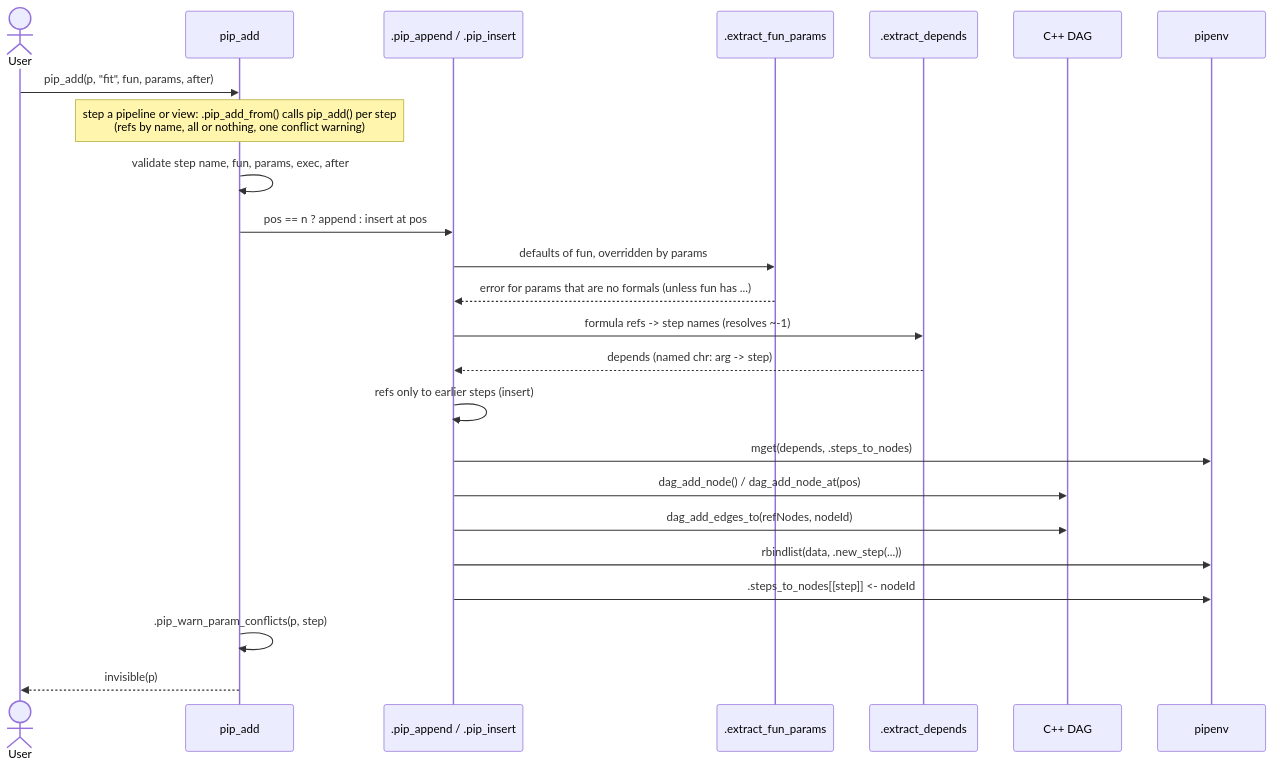
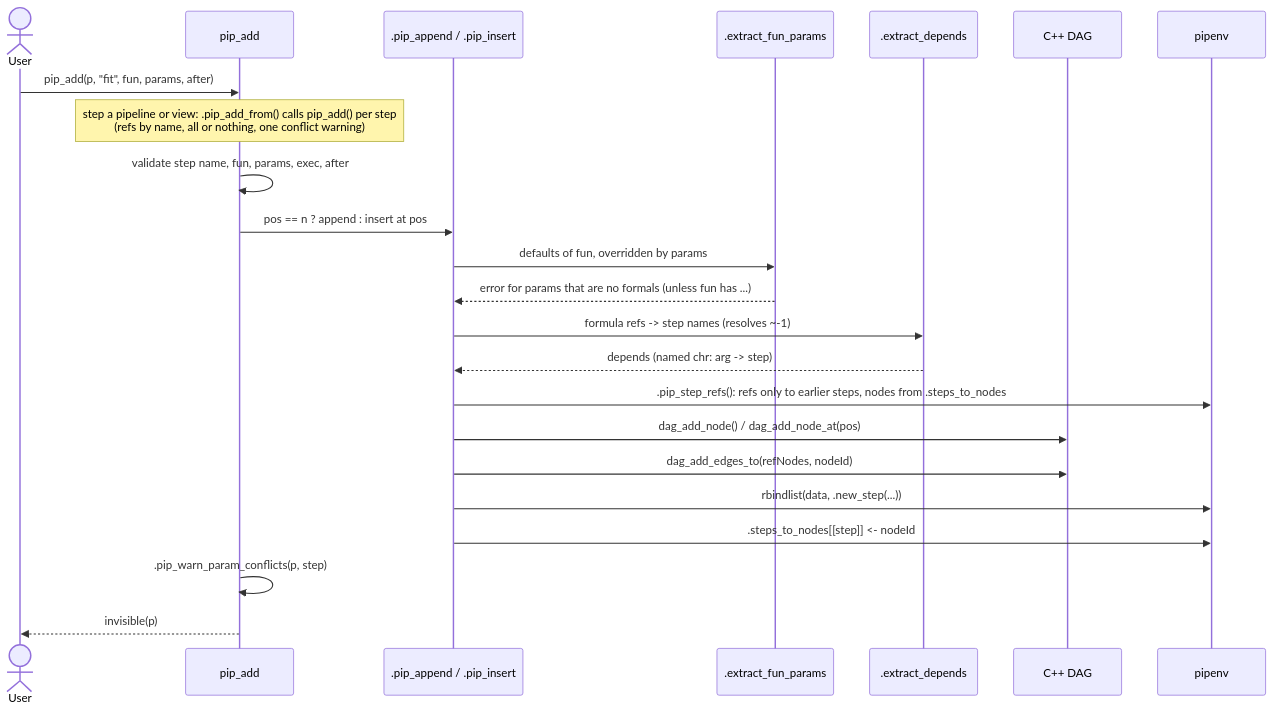
The fourth of 8 diagrams in dev/pipeflow.md (rpahl/pipeflow), drawn with Mermaid before and after one commit. The commit also changed other lines of this file and 2 other files, not shown here.

First line of the commit message:
refactor: share the checks and reference handling of step edits

````diff
--- a/dev/pipeflow.md
+++ b/dev/pipeflow.md
@@ -311,27 +317,26 @@
 ```mermaid
 sequenceDiagram
     actor U as User
     participant A as pip_add
     participant I as .pip_append / .pip_insert
     participant P as .extract_fun_params
     participant D as .extract_depends
     participant G as C++ DAG
     participant E as pipenv
 
     U->>A: pip_add(p, "fit", fun, params, after)
     Note over A: step a pipeline or view: .pip_add_from() calls pip_add() per step<br/>(refs by name, all or nothing, one conflict warning)
     A->>A: validate step name, fun, params, exec, after
     A->>I: pos == n ? append : insert at pos
     I->>P: defaults of fun, overridden by params
     P-->>I: error for params that are no formals (unless fun has ...)
     I->>D: formula refs -> step names (resolves ~-1)
     D-->>I: depends (named chr: arg -> step)
-    I->>I: refs only to earlier steps (insert)
-    I->>E: mget(depends, .steps_to_nodes)
+    I->>E: .pip_step_refs(): refs only to earlier steps, nodes from .steps_to_nodes
     I->>G: dag_add_node() / dag_add_node_at(pos)
     I->>G: dag_add_edges_to(refNodes, nodeId)
     I->>E: rbindlist(data, .new_step(...))
     I->>E: .steps_to_nodes[[step]] <- nodeId
     A->>A: .pip_warn_param_conflicts(p, step)
     A-->>U: invisible(p)
 ```
````
